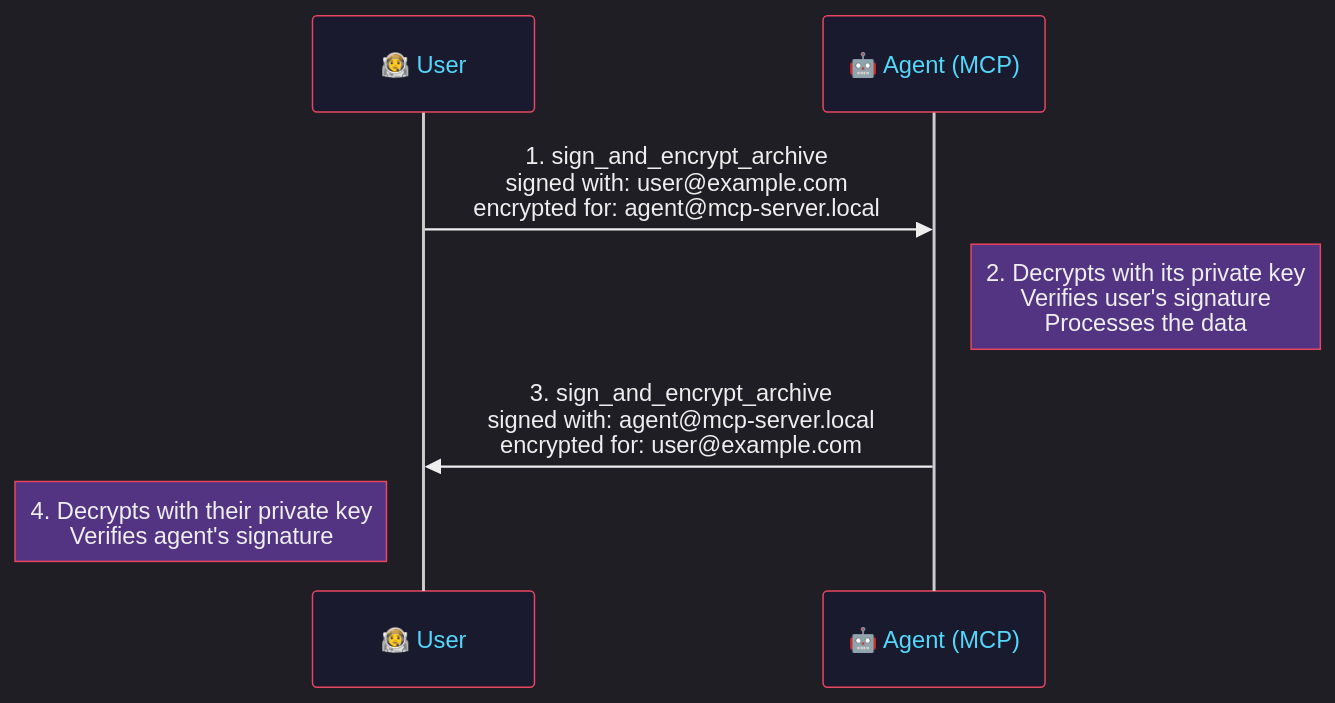
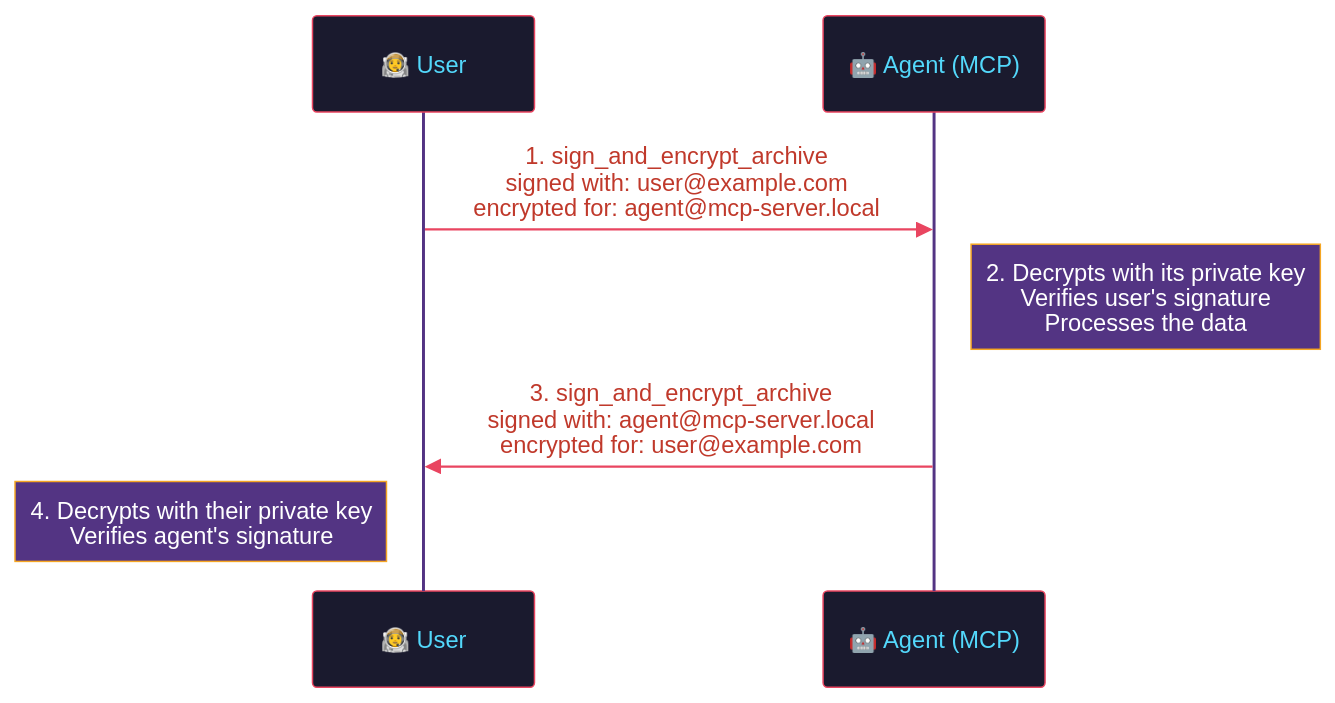
The second of 3 diagrams in README.md (8r4n/zstar-mcp-server), drawn with Mermaid before and after one commit. The commit also changed other lines of this file, not shown here.

Commit message:
docs: improve Mermaid diagram contrast for light and dark mode legibility

````diff
--- a/README.md
+++ b/README.md
@@ -453,14 +454,14 @@
 ```mermaid
-%%{init: {'theme': 'dark', 'themeVariables': {'actorBkg': '#1a1a2e', 'actorTextColor': '#53d8fb', 'actorBorder': '#e94560', 'signalColor': '#eee', 'signalTextColor': '#eee', 'noteBkgColor': '#533483', 'noteTextColor': '#eee', 'noteBorderColor': '#e94560', 'sequenceNumberColor': '#f5a623'}}}%%
+%%{init: {'theme': 'base', 'themeVariables': {'actorBkg': '#1a1a2e', 'actorTextColor': '#53d8fb', 'actorBorder': '#e94560', 'signalColor': '#e94560', 'signalTextColor': '#c0392b', 'noteBkgColor': '#533483', 'noteTextColor': '#fff', 'noteBorderColor': '#f5a623', 'sequenceNumberColor': '#f5a623', 'actorLineColor': '#533483'}}}%%
 sequenceDiagram
     participant User as 🧑‍🚀 User
     participant Agent as 🤖 Agent (MCP)
 
     User->>Agent: 1. sign_and_encrypt_archive<br/>signed with: user@example.com<br/>encrypted for: agent@mcp-server.local
 
     Note right of Agent: 2. Decrypts with its private key<br/>Verifies user's signature<br/>Processes the data
 
     Agent->>User: 3. sign_and_encrypt_archive<br/>signed with: agent@mcp-server.local<br/>encrypted for: user@example.com
 
     Note left of User: 4. Decrypts with their private key<br/>Verifies agent's signature
 ```
````
